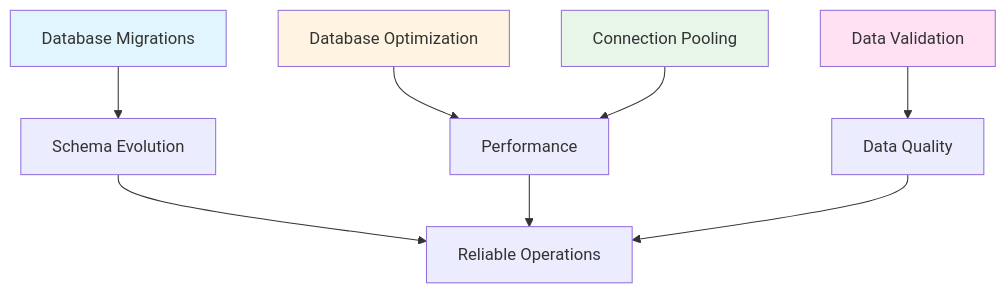
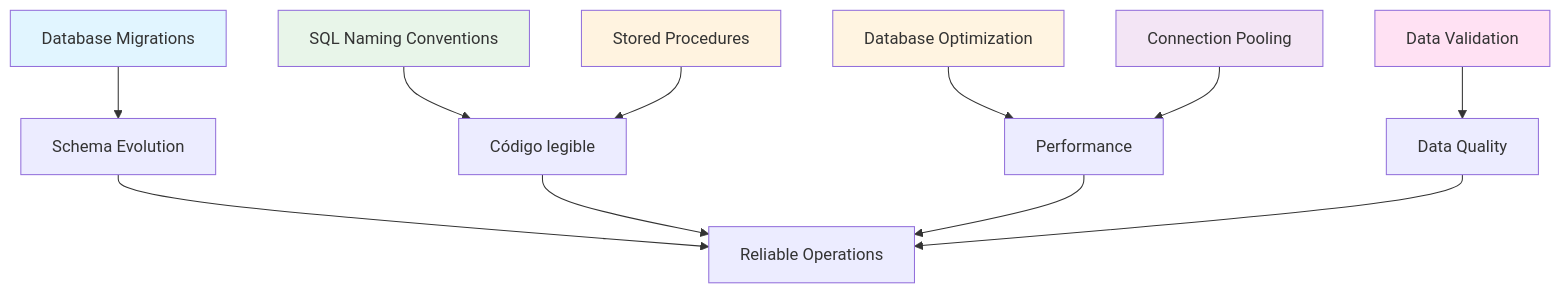
The diagram in docs/fundamentos-corporativos/estandares/datos/database-standards.md (jclemente-tlm/tlm-doc-architecture), drawn with Mermaid before and after one commit. The commit also changed other lines of this file and 13 other files, not shown here.

````diff
--- a/docs/fundamentos-corporativos/estandares/datos/database-standards.md
+++ b/docs/fundamentos-corporativos/estandares/datos/database-standards.md
@@ -49,15 +45,20 @@
 ```mermaid
 graph TB
     A[Database Migrations] --> B[Schema Evolution]
-    C[Database Optimization] --> D[Performance]
-    E[Connection Pooling] --> D
-    F[Data Validation] --> G[Data Quality]
-    B --> H[Reliable Operations]
-    D --> H
-    G --> H
+    C[SQL Naming Conventions] --> F[Código legible]
+    D[Stored Procedures] --> F
+    E[Database Optimization] --> G[Performance]
+    H[Connection Pooling] --> G
+    I[Data Validation] --> J[Data Quality]
+    B --> K[Reliable Operations]
+    F --> K
+    G --> K
+    J --> K
 
     style A fill:#e1f5ff
-    style C fill:#fff4e1
-    style E fill:#e8f5e9
-    style F fill:#ffe1f3
+    style C fill:#e8f5e9
+    style D fill:#fff3e0
+    style E fill:#fff4e1
+    style H fill:#f3e5f5
+    style I fill:#ffe1f3
 ```
````
